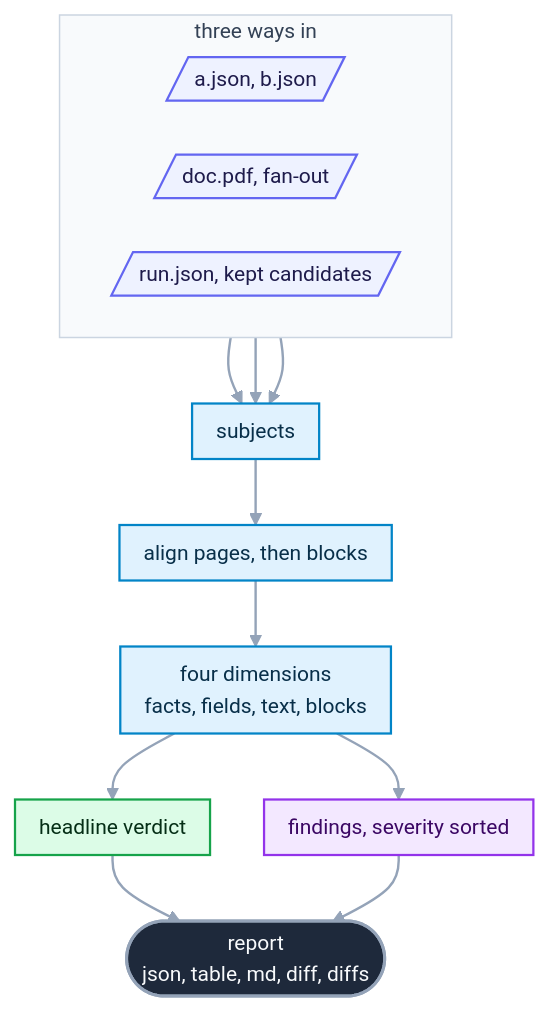
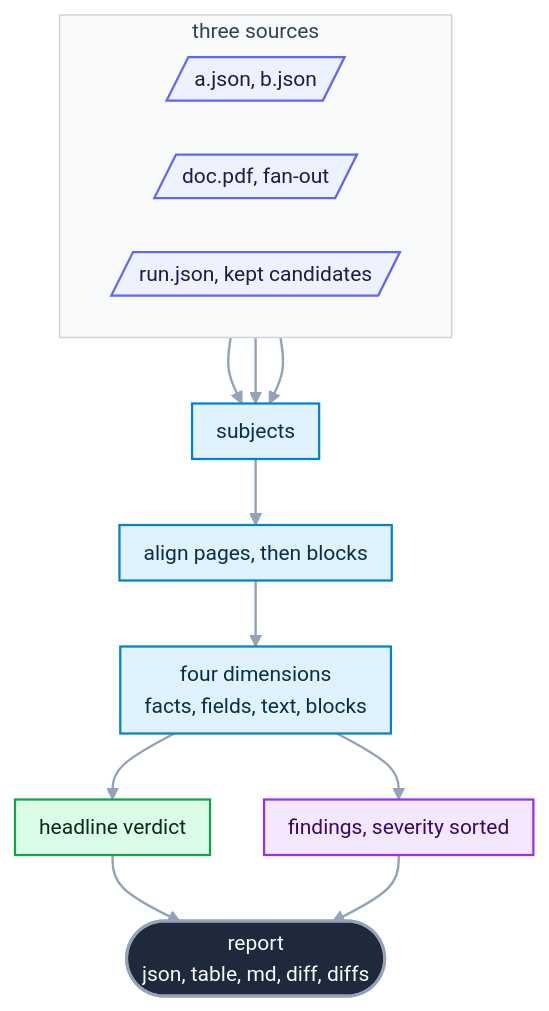
Before and after one commit to openreading-ai/openreading-core: the diagram in src/openreading/comparison/README.md, drawn with Mermaid. The commit also changed other lines of this file and 142 other files, not shown here.

````diff
--- a/src/openreading/comparison/README.md
+++ b/src/openreading/comparison/README.md
@@ -30,28 +35,28 @@
 ```mermaid
 %%{init: {"theme":"base","themeVariables":{"fontFamily":"ui-sans-serif, system-ui, -apple-system, Segoe UI, Roboto, sans-serif","fontSize":"14px","lineColor":"#94a3b8","textColor":"#334155","primaryTextColor":"#0f172a","edgeLabelBackground":"#eef2f7","clusterBkg":"#f8fafc","clusterBorder":"#cbd5e1","titleColor":"#334155"},"flowchart":{"curve":"basis","nodeSpacing":36,"rankSpacing":44,"padding":8,"useMaxWidth":true}}}%%
 flowchart TD
-  subgraph IN["three ways in"]
+  subgraph IN["three sources"]
     direction LR
     A[/"a.json, b.json"/]:::src
     B[/"doc.pdf, fan-out"/]:::src
     C[/"run.json, kept candidates"/]:::src
   end
   A --> S["subjects"]:::work
   B --> S
   C --> S
   S --> AL["align pages, then blocks"]:::work
   AL --> F["four dimensions<br>facts, fields, text, blocks"]:::work
   F --> H["headline verdict"]:::good
   F --> G["findings, severity sorted"]:::out
   H --> R(["report<br>json, table, md, diff, diffs"]):::hero
   G --> R
   classDef src fill:#eef2ff,stroke:#6366f1,stroke-width:1.5px,color:#1e1b4b;
   classDef work fill:#e0f2fe,stroke:#0284c7,stroke-width:1.5px,color:#082f49;
   classDef gate fill:#fef3c7,stroke:#d97706,stroke-width:1.5px,color:#451a03;
   classDef good fill:#dcfce7,stroke:#16a34a,stroke-width:1.5px,color:#052e16;
   classDef bad fill:#fee2e2,stroke:#dc2626,stroke-width:1.5px,color:#450a0a;
   classDef store fill:#ccfbf1,stroke:#0d9488,stroke-width:1.5px,color:#042f2e;
   classDef out fill:#f3e8ff,stroke:#9333ea,stroke-width:1.5px,color:#3b0764;
   classDef hero fill:#1e293b,stroke:#94a3b8,stroke-width:2px,color:#f8fafc;
   linkStyle default stroke-width:1.6px;
 ```
````
